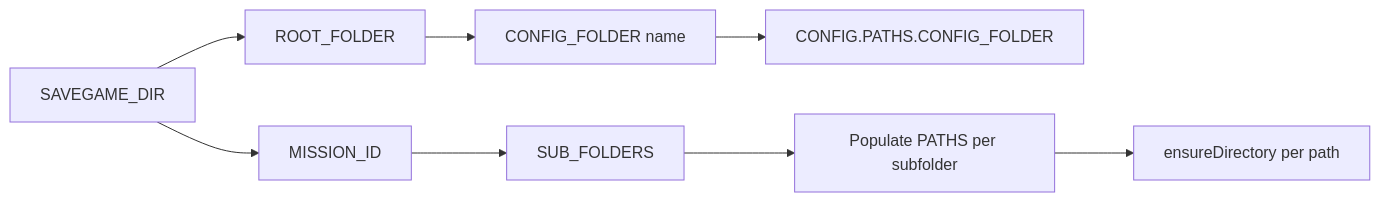
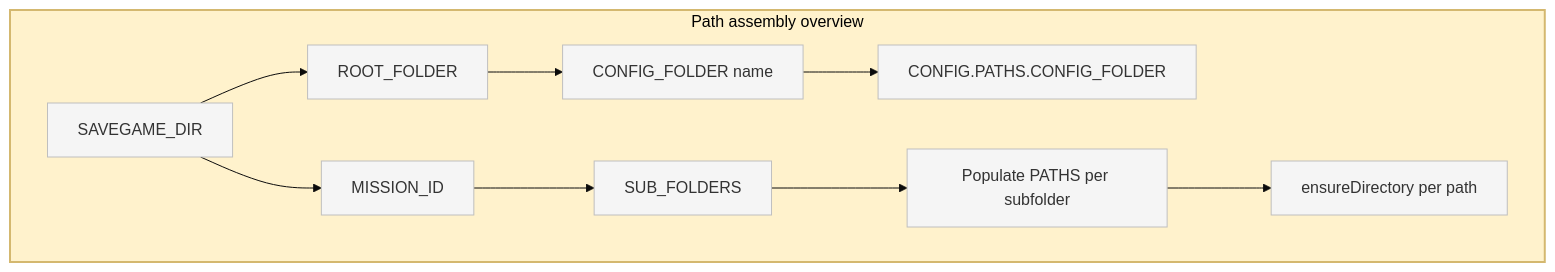
Before and after one commit to Gh0st352/AETHR: the first of 3 diagrams in docs/config/paths_and_filenames.md, drawn with Mermaid. The commit also changed other lines of this file and 8 other files, not shown here.

First line of the commit message:
docs(config): enhance Mermaid diagrams with theme/layout

````diff
--- a/docs/config/paths_and_filenames.md
+++ b/docs/config/paths_and_filenames.md
@@ -24,10 +24,17 @@
 ```mermaid
-flowchart LR
-  S[SAVEGAME_DIR] --> R[ROOT_FOLDER]
-  R --> C[CONFIG_FOLDER name]
-  C --> CFG_PATH[CONFIG.PATHS.CONFIG_FOLDER]
-  S --> MISSION[MISSION_ID]
-  MISSION --> SUBS[SUB_FOLDERS]
-  SUBS --> PATHS_CACHED[Populate PATHS per subfolder]
-  PATHS_CACHED --> ENSURE[ensureDirectory per path]
+%%{init: {"theme":"base", "themeVariables":{"primaryColor":"#f5f5f5"}}}%%
+flowchart TB
+  subgraph PATH_ASSEMBLY [Path assembly overview]
+    style PATH_ASSEMBLY fill:#fff2cc,stroke:#d4b86f,stroke-width:2px
+    S[SAVEGAME_DIR] --> R[ROOT_FOLDER]
+    R --> C[CONFIG_FOLDER name]
+    C --> CFG_PATH[CONFIG.PATHS.CONFIG_FOLDER]
+    S --> MISSION[MISSION_ID]
+    MISSION --> SUBS[SUB_FOLDERS]
+    SUBS --> PATHS_CACHED[Populate PATHS per subfolder]
+    PATHS_CACHED --> ENSURE[ensureDirectory per path]
+  end
+
+  classDef node fill:#f5f5f5,stroke:#bfbfbf
+  class S,R,C,CFG_PATH,MISSION,SUBS,PATHS_CACHED,ENSURE node
 ```
````
